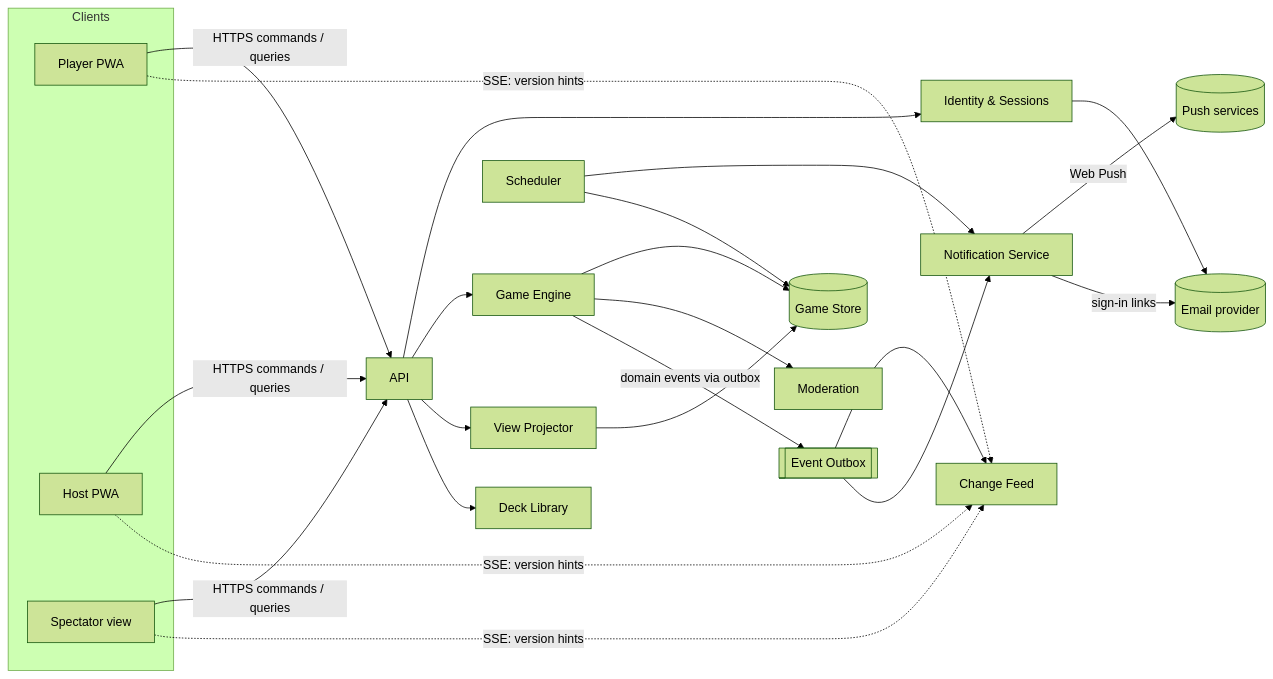
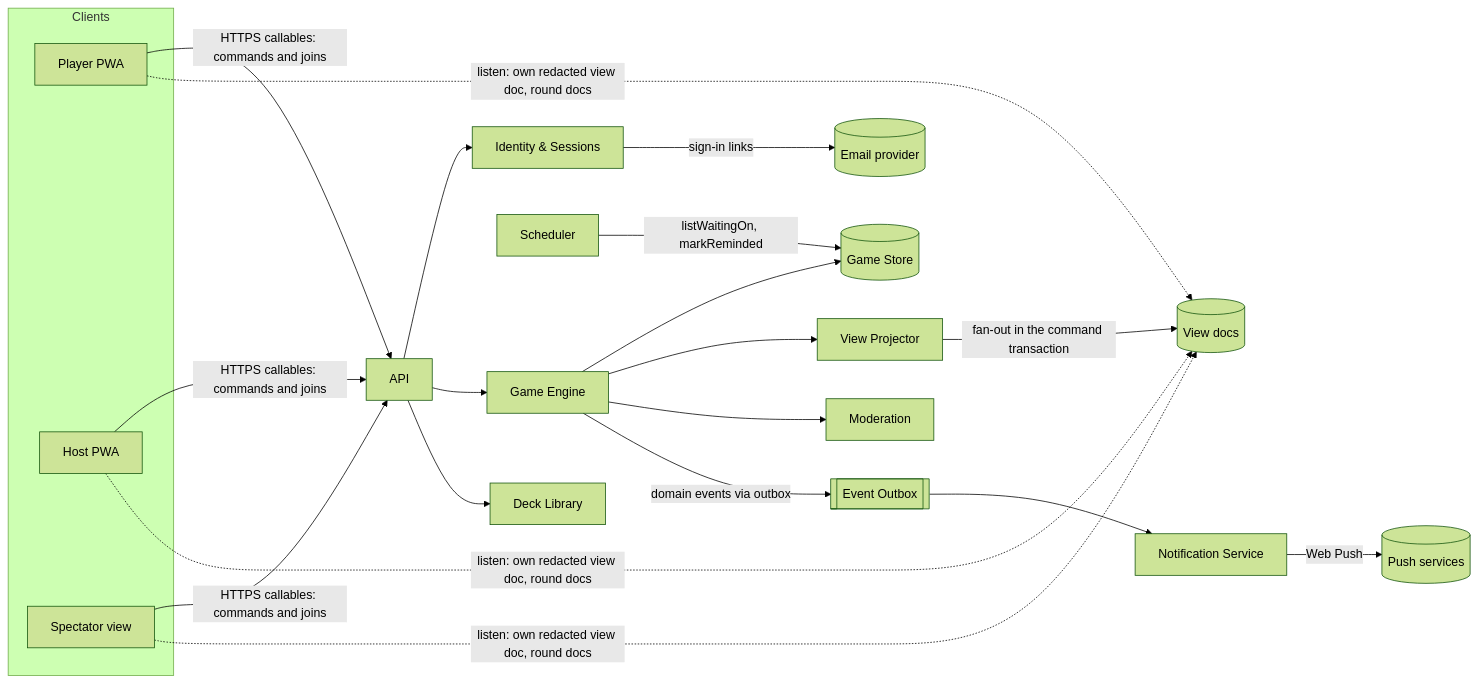
One commit to sleb/dc changed the first of 2 diagrams in docs/high-level-design.md. Above: the diagram before and after it, drawn with Mermaid (forest theme). The commit also changed other lines of this file and 10 other files, not shown here.

````diff
--- a/docs/high-level-design.md
+++ b/docs/high-level-design.md
@@ -20,25 +33,22 @@
 ```mermaid
 flowchart LR
     subgraph Clients
         P[Player PWA]
         H[Host PWA]
         S[Spectator view]
     end
-    P & H & S -->|HTTPS commands / queries| API
-    P & H & S -.->|SSE: version hints| CF[Change Feed]
+    P & H & S -->|HTTPS callables: commands and joins| API
+    P & H & S -.->|listen: own redacted view doc, round docs| VIEWS[(View docs)]
     API --> ID[Identity & Sessions]
     API --> ENG[Game Engine]
-    API --> PROJ[View Projector]
     ENG --> STORE[(Game Store)]
-    PROJ --> STORE
+    ENG --> PROJ[View Projector]
+    PROJ -->|fan-out in the command transaction| VIEWS
     ENG --> MOD[Moderation]
     ENG -->|domain events via outbox| BUS[[Event Outbox]]
-    BUS --> CF
     BUS --> NOTIF[Notification Service]
-    SCHED[Scheduler] --> NOTIF
-    SCHED --> STORE
+    SCHED[Scheduler] -->|listWaitingOn, markReminded| STORE
     NOTIF -->|Web Push| PUSH[(Push services)]
-    NOTIF -->|sign-in links| MAIL[(Email provider)]
-    ID --> MAIL
+    ID -->|sign-in links| MAIL[(Email provider)]
     API --> LIB[Deck Library]
 ```
````
